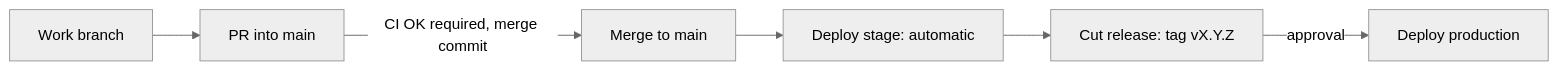
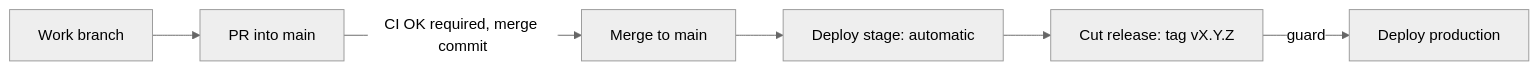
The diagram in README.md (greenblacked/Notes), drawn with Mermaid (neutral theme) before and after one commit. The commit also changed other lines of this file and 3 other files, not shown here.

````diff
--- a/README.md
+++ b/README.md
@@ -96,8 +96,8 @@
 ```mermaid
 flowchart LR
     A[Work branch] --> B[PR into main]
     B -->|CI OK required, merge commit| C[Merge to main]
     C --> D[Deploy stage: automatic]
     D --> F[Cut release: tag vX.Y.Z]
-    F -->|approval| G[Deploy production]
+    F -->|guard| G[Deploy production]
 ```
````
